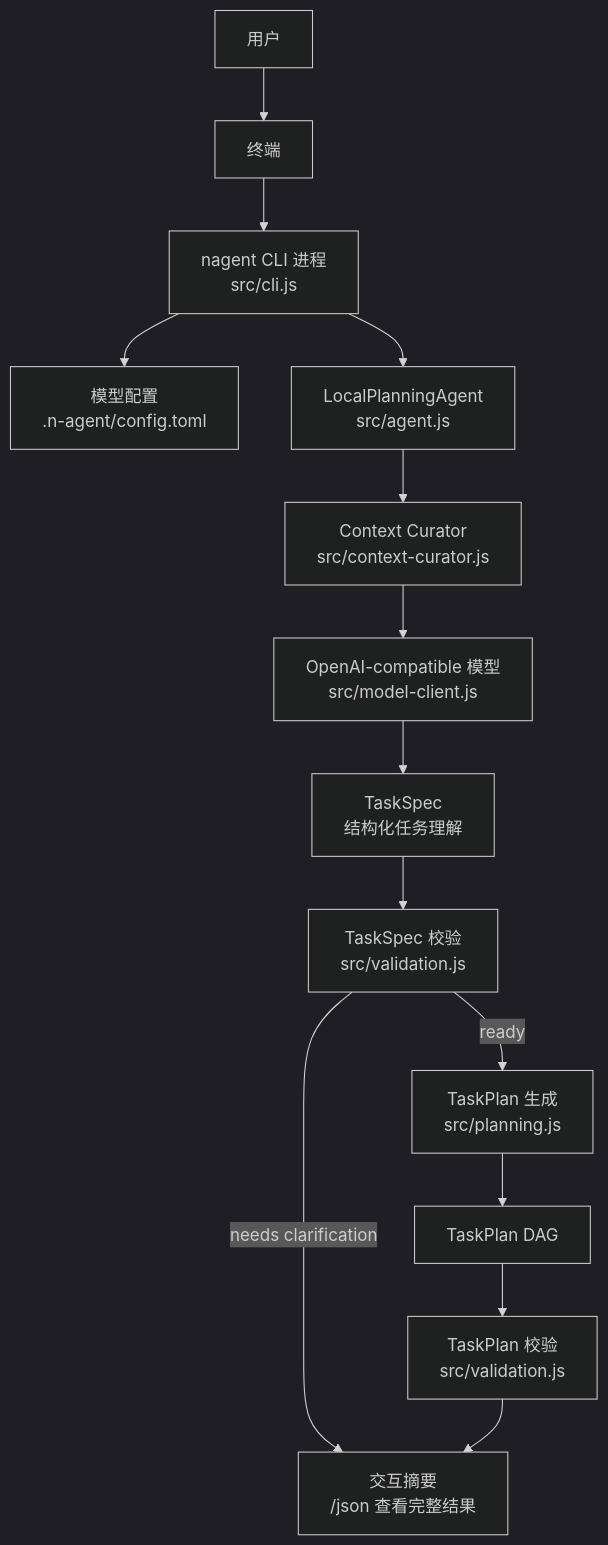
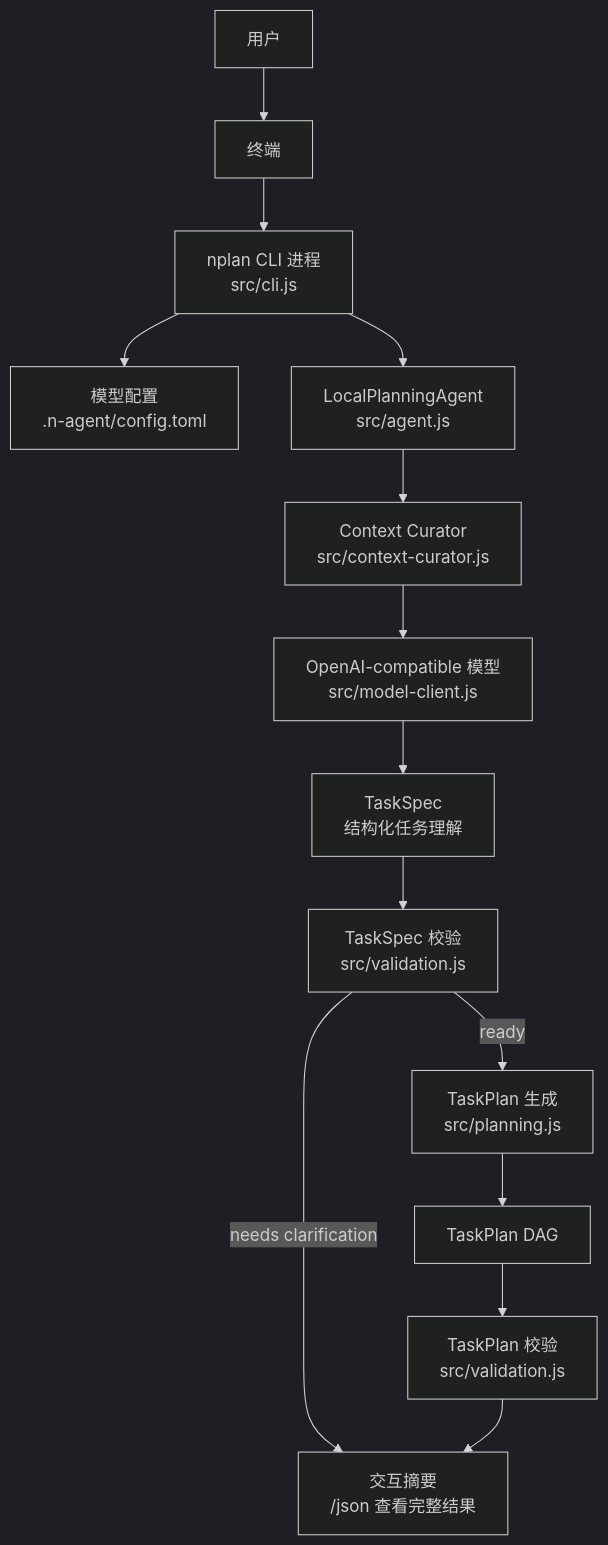
The first of 4 diagrams in docs/n-agent-process-task-obsidian.md (xqct0001/nplan), drawn with Mermaid (dark theme) before and after one commit. The commit also changed other lines of this file and 13 other files, not shown here.

````diff
--- a/docs/n-agent-process-task-obsidian.md
+++ b/docs/n-agent-process-task-obsidian.md
@@ -33,30 +33,30 @@
 ```mermaid
 flowchart TD
   User["用户"]
   Shell["终端"]
-  CLI["nagent CLI 进程<br/>src/cli.js"]
+  CLI["nplan CLI 进程<br/>src/cli.js"]
   Config["模型配置<br/>.n-agent/config.toml"]
   Agent["LocalPlanningAgent<br/>src/agent.js"]
   Context["Context Curator<br/>src/context-curator.js"]
   Model["OpenAI-compatible 模型<br/>src/model-client.js"]
   Spec["TaskSpec<br/>结构化任务理解"]
   SpecCheck["TaskSpec 校验<br/>src/validation.js"]
   Planner["TaskPlan 生成<br/>src/planning.js"]
   Plan["TaskPlan DAG"]
   PlanCheck["TaskPlan 校验<br/>src/validation.js"]
   Summary["交互摘要<br/>/json 查看完整结果"]
 
   User --> Shell
   Shell --> CLI
   CLI --> Config
   CLI --> Agent
   Agent --> Context
   Context --> Model
   Model --> Spec
   Spec --> SpecCheck
   SpecCheck -->|"ready"| Planner
   SpecCheck -->|"needs clarification"| Summary
   Planner --> Plan
   Plan --> PlanCheck
   PlanCheck --> Summary
 ```
````
